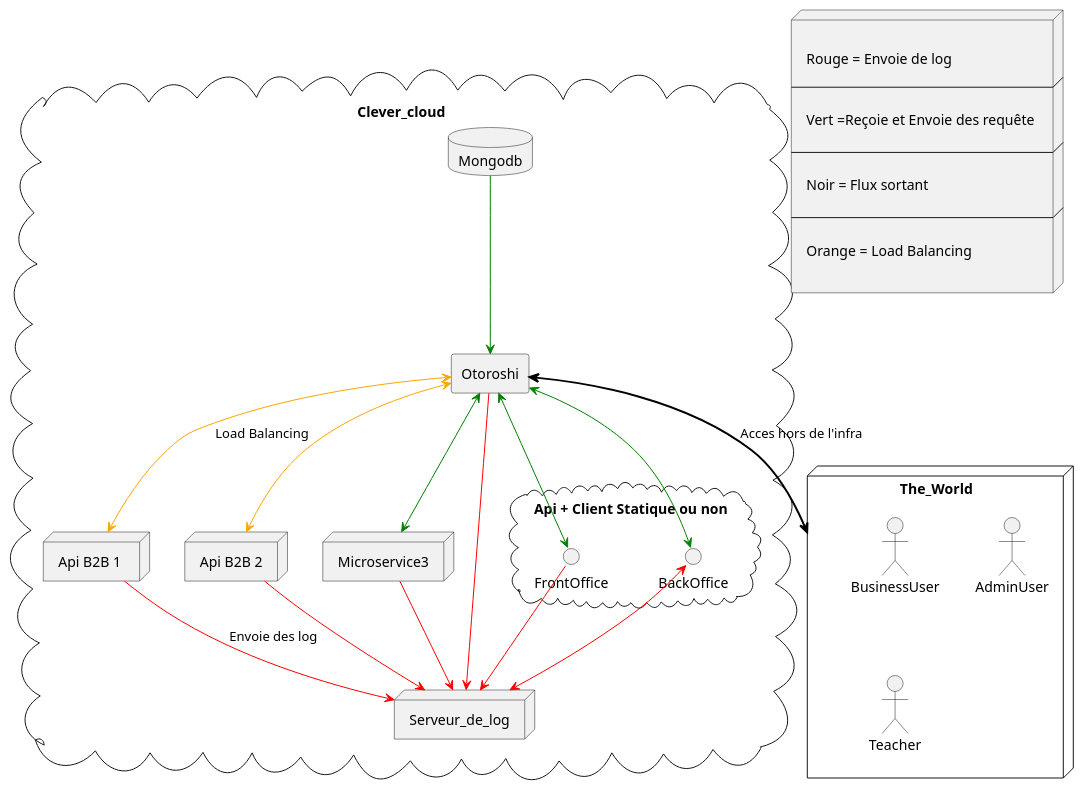
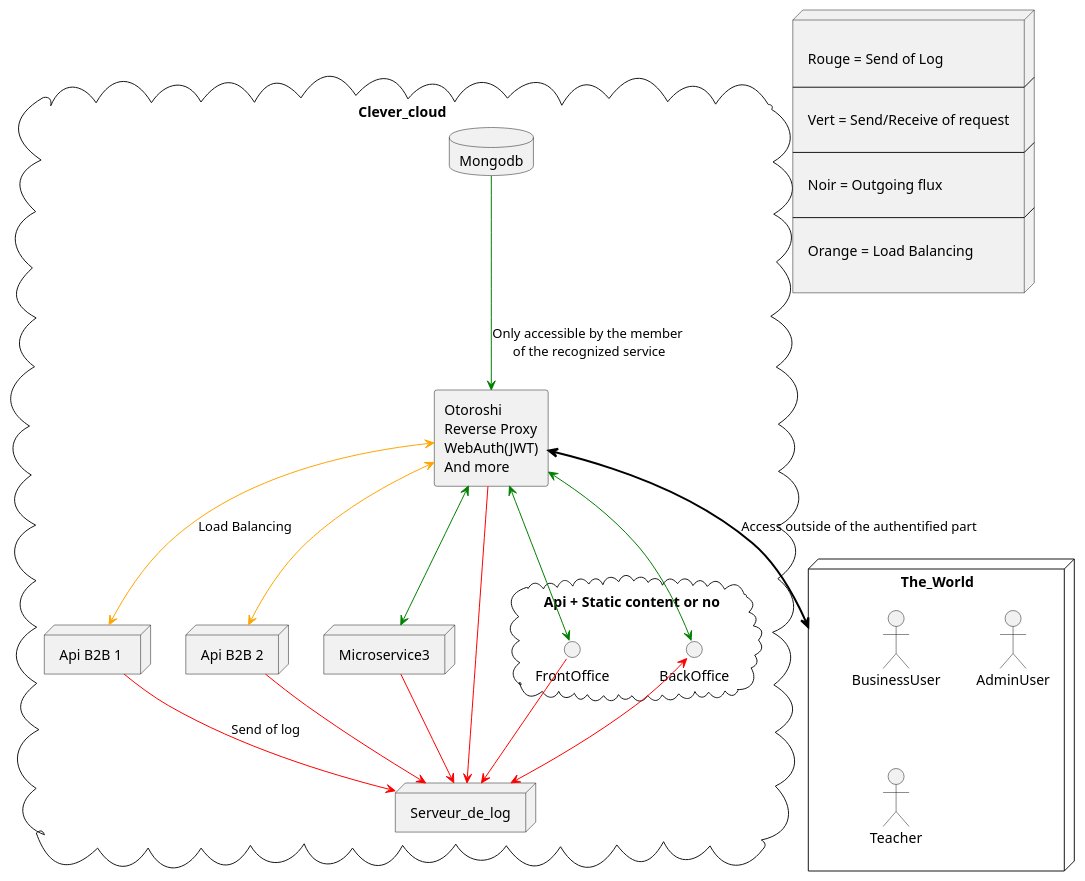
Before and after one commit to NathanGautier/Nathan-Analyse: the diagram in diagram.wsd, drawn with PlantUML.

Commit message:
More comment and switch to english

```diff
--- a/diagram.wsd
+++ b/diagram.wsd
@@ -1,60 +1,60 @@
 @startuml infra
 node node [
 
-Rouge = Envoie de log
+Rouge = Send of Log
 
 ----
 
-Vert =Reçoie et Envoie des requête 
+Vert = Send/Receive of request
 
 ----
 
-Noir = Flux sortant
+Noir = Outgoing flux
 
 ----
 
 Orange = Load Balancing
 
 ]
 cloud Clever_cloud{
-    rectangle Otoroshi as oto
+    rectangle "Otoroshi\nReverse Proxy\nWebAuth(JWT)\nAnd more" as oto
     database Mongodb as mongo
     node "Api B2B 1 " as ms1
     node "Api B2B 2" as ms2
     node Microservice3 as ms3
     node Serveur_de_log as log
-    cloud "Api + Client Statique ou non"{
+    cloud "Api + Static content or no"{
         interface  FrontOffice as fo
         interface  BackOffice as bo
     }
 }
 node The_World as us{
     Actor BusinessUser as bu
     Actor AdminUser as au
     Actor Teacher as te
 }
 
 
-ms1 -[#red]-> log : Envoie des log
+ms1 -[#red]-> log : Send of log
 ms2 -[#red]-> log
 ms3 --[#red]> log
 oto-[#red]-> log 
 bo <-[#red]-> log 
 fo -[#red]-> log 
 
-mongo -[#green]-> oto
+mongo -[#green]-> oto :Only accessible by the member\n of the recognized service
 
 oto <-[#Orange]-> ms1 : Load Balancing
 
 oto <-[#Orange]-> ms2 
 
 oto <-[#green]-> ms3
 
-oto <=[#black]=> us : Acces hors de l'infra
+oto <=[#black]=> us : Access outside of the authentified part
 
 oto <-[#green]-> fo
 
 oto <-[#green]-> bo
 
 
 @enduml
```
